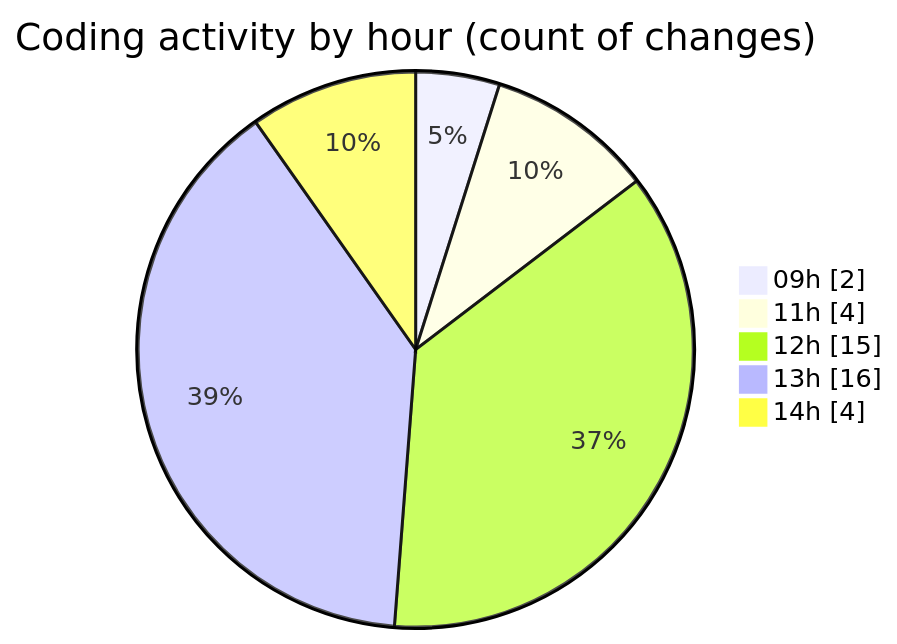
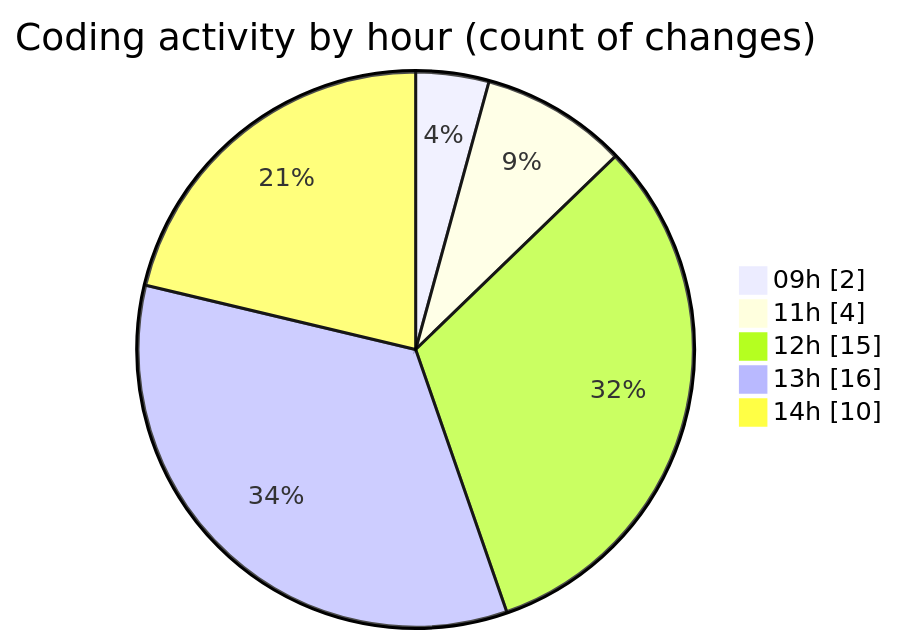
One commit to Elitesun/code-tracking changed the second of 2 diagrams in 2025-04-30/niten/README.md. Above: the diagram before and after it, drawn with Mermaid. The commit also changed other lines of this file and 1 other file, not shown here.

````diff
--- a/2025-04-30/niten/README.md
+++ b/2025-04-30/niten/README.md
@@ -45,9 +48,9 @@
 ```mermaid
 pie showData
 title Coding activity by hour (count of changes)
 "09h" : 2
 "11h" : 4
 "12h" : 15
 "13h" : 16
-"14h" : 4
+"14h" : 10
 ```
````
